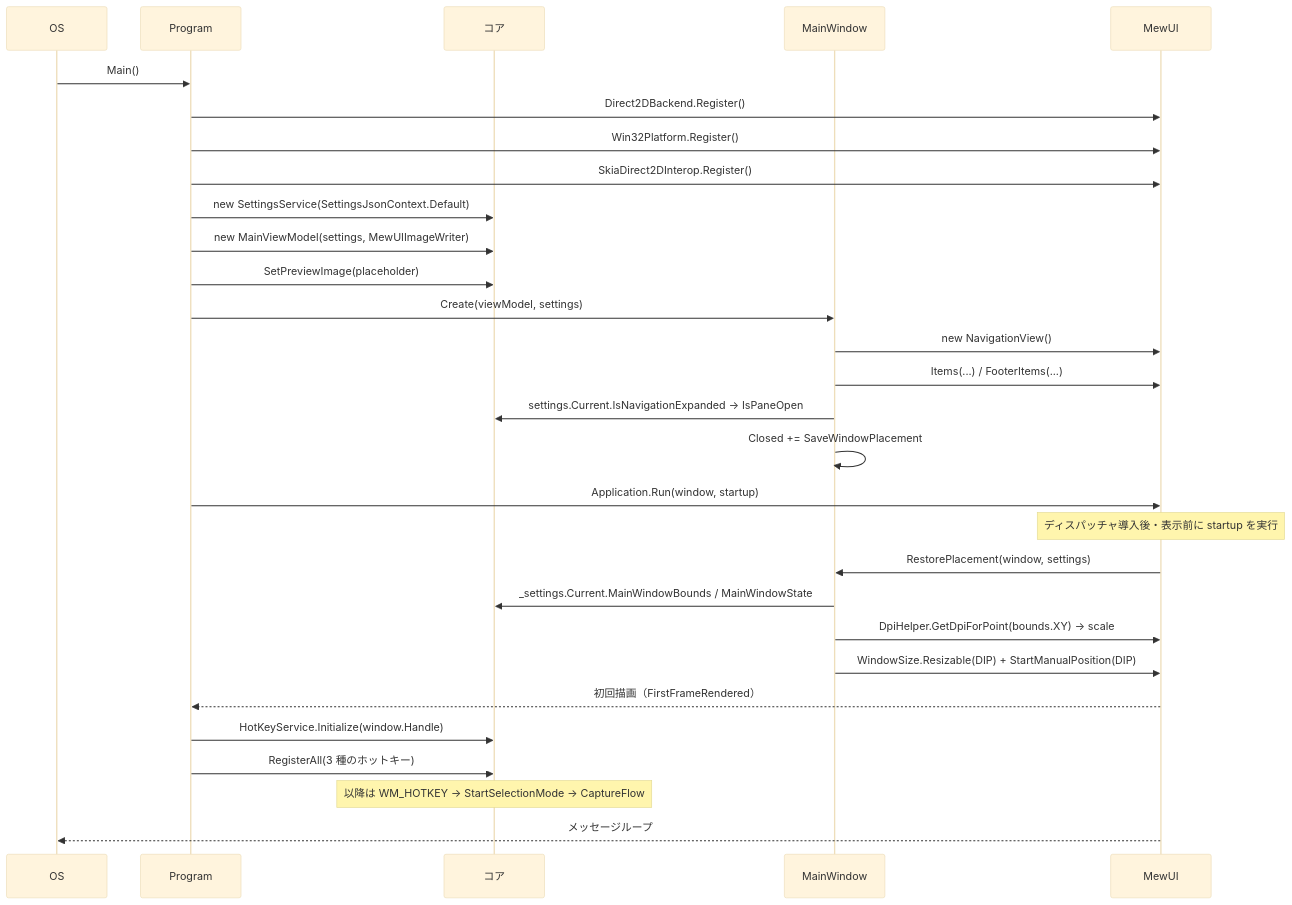
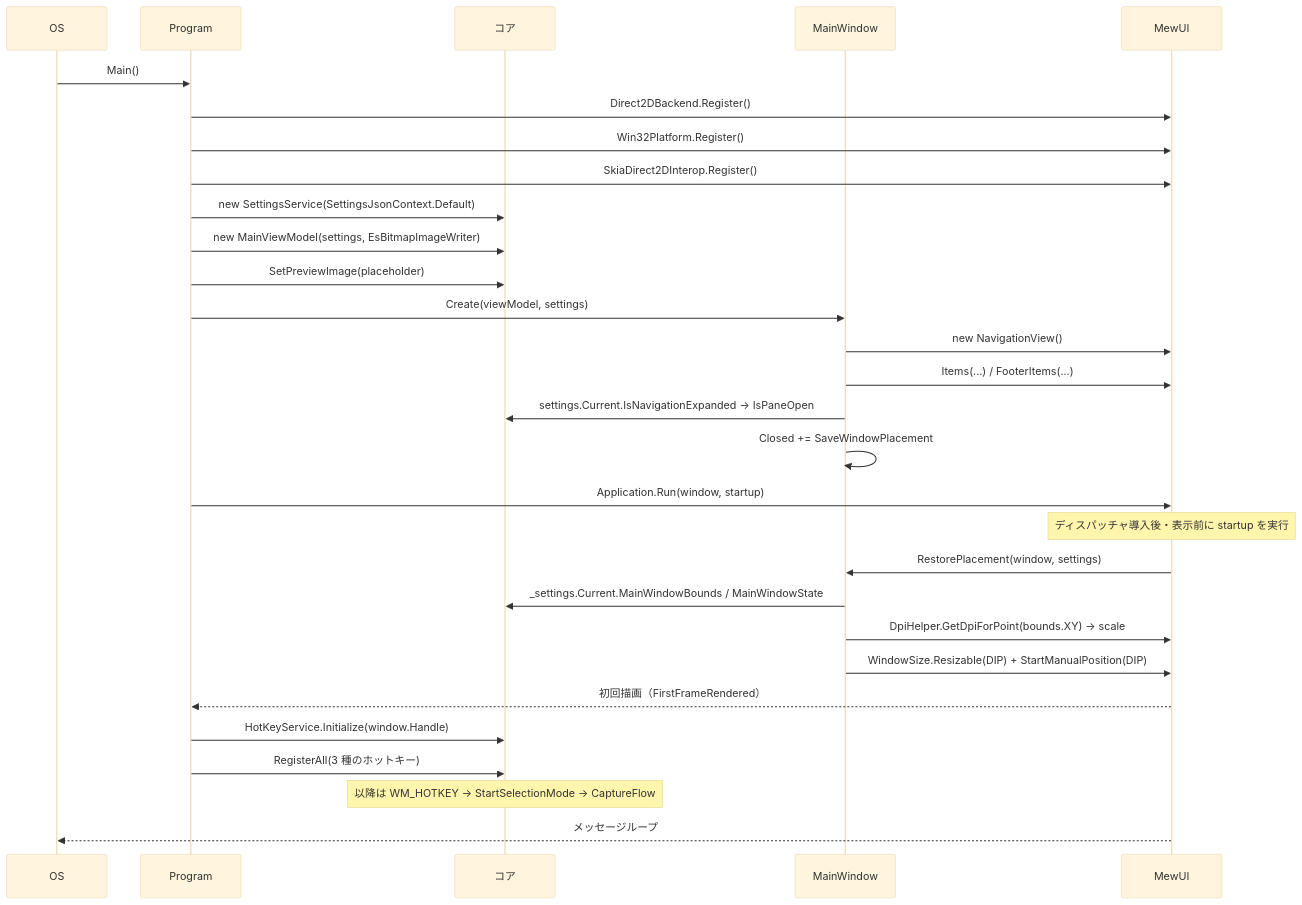
The second of 12 diagrams in src/App.MewUI/docs/SPEC_System.md (tomokuni/SaveEvidence), drawn with Mermaid (base theme) before and after one commit. The commit also changed other lines of this file and 26 other files, not shown here.

````diff
--- a/src/App.MewUI/docs/SPEC_System.md
+++ b/src/App.MewUI/docs/SPEC_System.md
@@ -341,32 +339,32 @@
 ```mermaid
 sequenceDiagram
     participant OS
     participant P as Program
     participant C as コア
     participant W as MainWindow
     participant MW as MewUI
 
     OS->>P: Main()
     P->>MW: Direct2DBackend.Register()
     P->>MW: Win32Platform.Register()
     P->>MW: SkiaDirect2DInterop.Register()
     P->>C: new SettingsService(SettingsJsonContext.Default)
-    P->>C: new MainViewModel(settings, MewUIImageWriter)
+    P->>C: new MainViewModel(settings, EsBitmapImageWriter)
     P->>C: SetPreviewImage(placeholder)
     P->>W: Create(viewModel, settings)
     W->>MW: new NavigationView()
     W->>MW: Items(...) / FooterItems(...)
     W->>C: settings.Current.IsNavigationExpanded → IsPaneOpen
     W->>W: Closed += SaveWindowPlacement
     P->>MW: Application.Run(window, startup)
     Note over MW: ディスパッチャ導入後・表示前に startup を実行
     MW->>W: RestorePlacement(window, settings)
     W->>C: _settings.Current.MainWindowBounds / MainWindowState
     W->>MW: DpiHelper.GetDpiForPoint(bounds.XY) → scale
     W->>MW: WindowSize.Resizable(DIP) + StartManualPosition(DIP)
     MW-->>P: 初回描画（FirstFrameRendered）
     P->>C: HotKeyService.Initialize(window.Handle)
     P->>C: RegisterAll(3 種のホットキー)
     Note over C: 以降は WM_HOTKEY → StartSelectionMode → CaptureFlow
     MW-->>OS: メッセージループ
 ```
````
